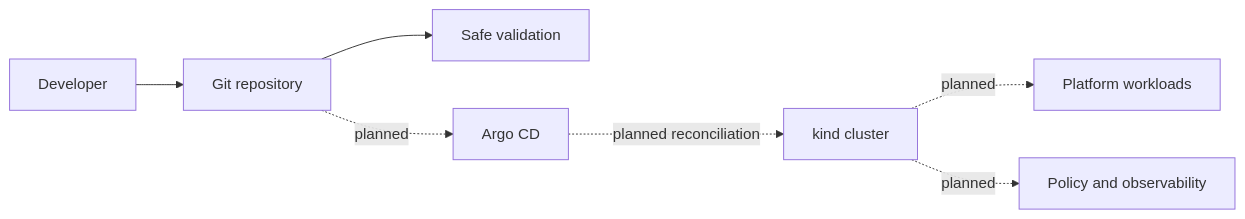
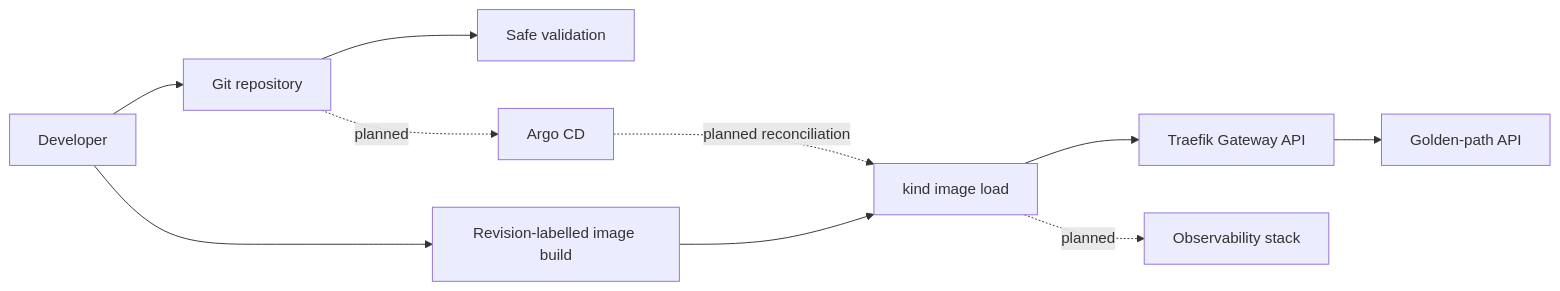
Before and after one commit to Rano1000/platform-engineering-lab: the diagram in README.md, drawn with Mermaid. The commit also changed other lines of this file and 57 other files, not shown here.

Commit message:
feat: add secure golden-path application delivery

````diff
--- a/README.md
+++ b/README.md
@@ -25,9 +25,12 @@
 ```mermaid
 flowchart LR
     Developer[Developer] --> Git[Git repository]
     Git --> CI[Safe validation]
+    Developer --> Build[Revision-labelled image build]
+    Build --> Kind[kind image load]
     Git -. planned .-> Argo[Argo CD]
-    Argo -. planned reconciliation .-> Cluster[kind cluster]
-    Cluster -. planned .-> Apps[Platform workloads]
-    Cluster -. planned .-> Controls[Policy and observability]
+    Argo -. planned reconciliation .-> Kind
+    Kind --> Gateway[Traefik Gateway API]
+    Gateway --> App[Golden-path API]
+    Kind -. planned .-> Observability[Observability stack]
 ```
````
